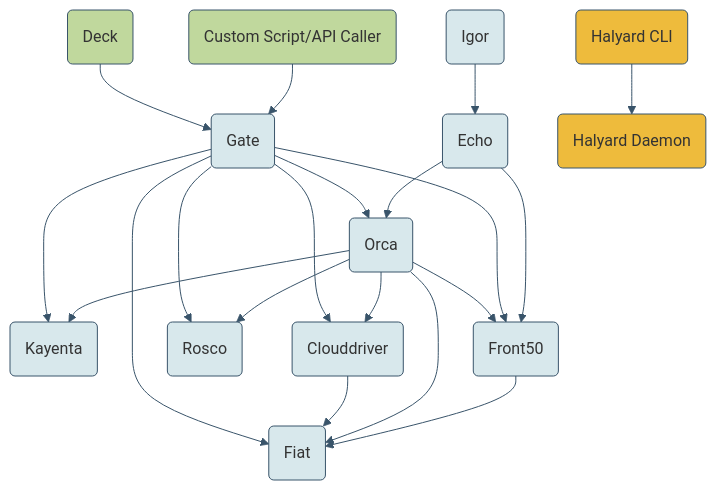
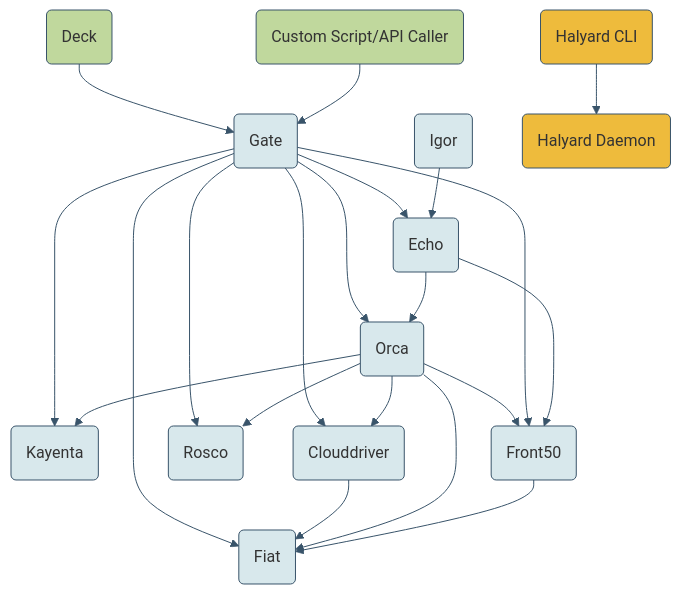
Before and after one commit to spinnaker/spinnaker.github.io: the diagram in reference/architecture/index.md, drawn with Mermaid. The commit also changed other lines of this file, not shown here.

Commit message:
docs(architecture): Add Gate --> Echo link. Update rosco text.

```diff
--- a/reference/architecture/index.md
+++ b/reference/architecture/index.md
@@ -70,33 +71,34 @@
  <div class="mermaid">
  graph TB
 
  deck(Deck) --> gate;
  api(Custom Script/API Caller) --> gate(Gate);
  gate --> kayenta(Kayenta);
  gate --> orca(Orca);
  gate --> clouddriver(Clouddriver);
  orca --> clouddriver;
  gate --> rosco(Rosco);
  orca --> front50;
  orca --> rosco;
  gate --> front50(Front50);
  gate --> fiat(Fiat);
  orca --> kayenta;
  clouddriver --> fiat;
  orca --> fiat;
  front50 --> fiat;
  echo(Echo) --> orca;
  echo --> front50;
+ gate --> echo;
  igor(Igor) --> echo;
 
  hal(Halyard CLI) --> halyard(Halyard Daemon);
 
  classDef default fill:#d8e8ec,stroke:#39546a;
  linkStyle default stroke:#39546a,stroke-width:1px,fill:none;
 
  classDef halStyle fill:#eebb3c,stroke:#39546a;
  class halyard,hal halStyle;
 
  classDef external fill:#c0d89d,stroke:#39546a;
  class deck,api external;
  </div>
```
